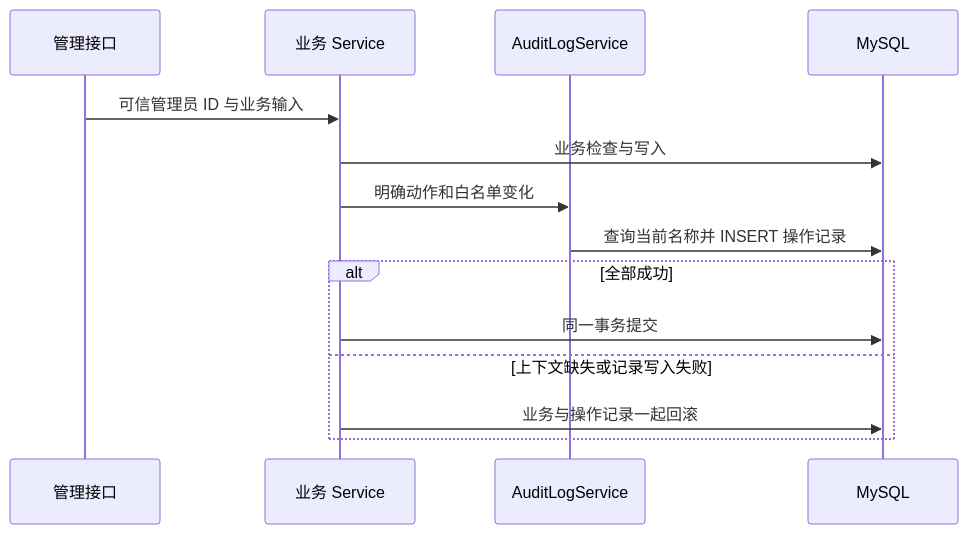
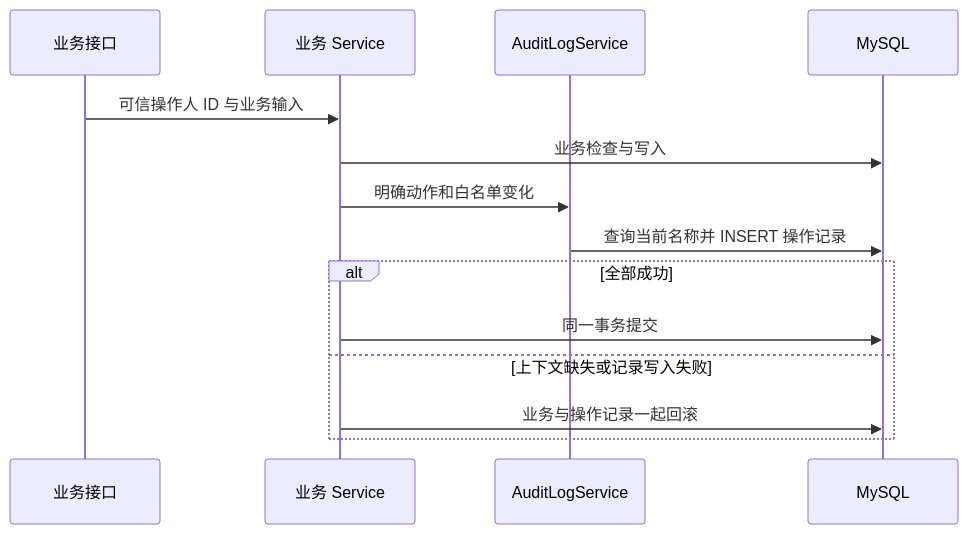
Before and after one commit to GTASDAW/MYCODE: the diagram in docs/audit-log-guide.md, drawn with Mermaid. The commit also changed other lines of this file and 101 other files, not shown here.

````diff
--- a/docs/audit-log-guide.md
+++ b/docs/audit-log-guide.md
@@ -36,16 +37,16 @@
 ```mermaid
 sequenceDiagram
-    participant C as 管理接口
+    participant C as 业务接口
     participant S as 业务 Service
     participant A as AuditLogService
     participant DB as MySQL
-    C->>S: 可信管理员 ID 与业务输入
+    C->>S: 可信操作人 ID 与业务输入
     S->>DB: 业务检查与写入
     S->>A: 明确动作和白名单变化
     A->>DB: 查询当前名称并 INSERT 操作记录
     alt 全部成功
         S->>DB: 同一事务提交
     else 上下文缺失或记录写入失败
         S->>DB: 业务与操作记录一起回滚
     end
 ```
````
